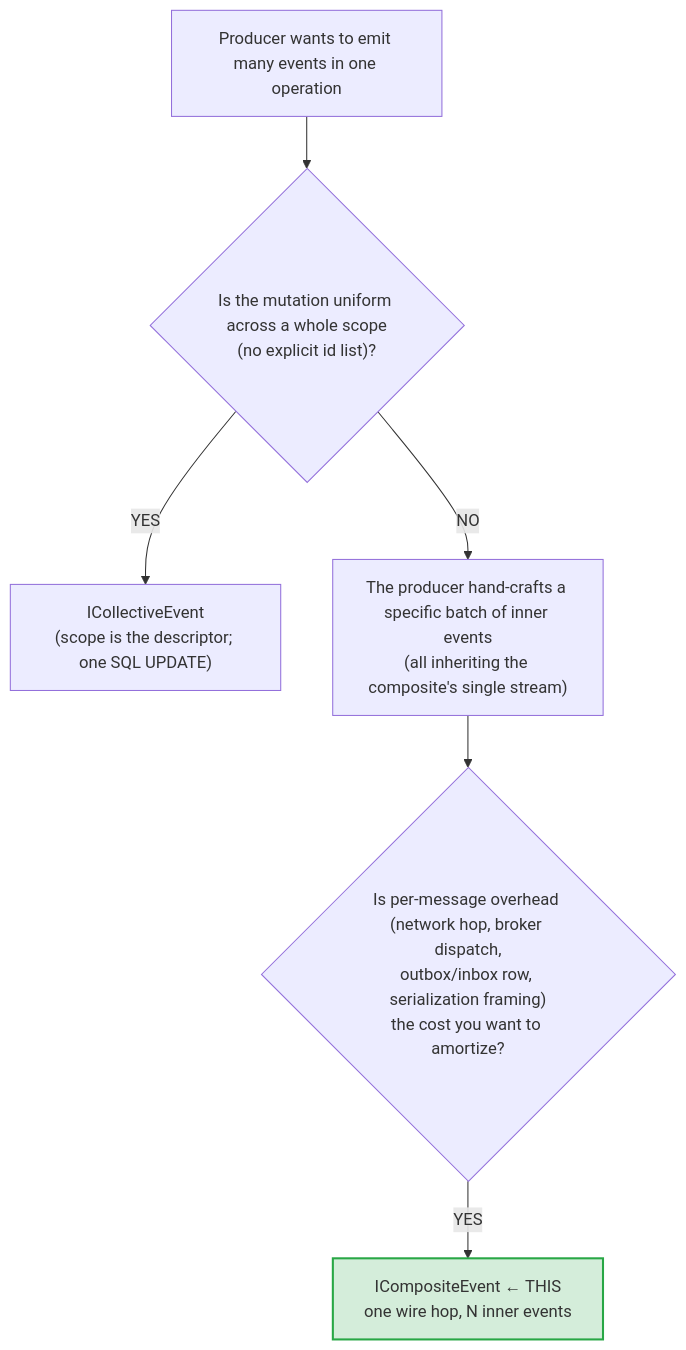
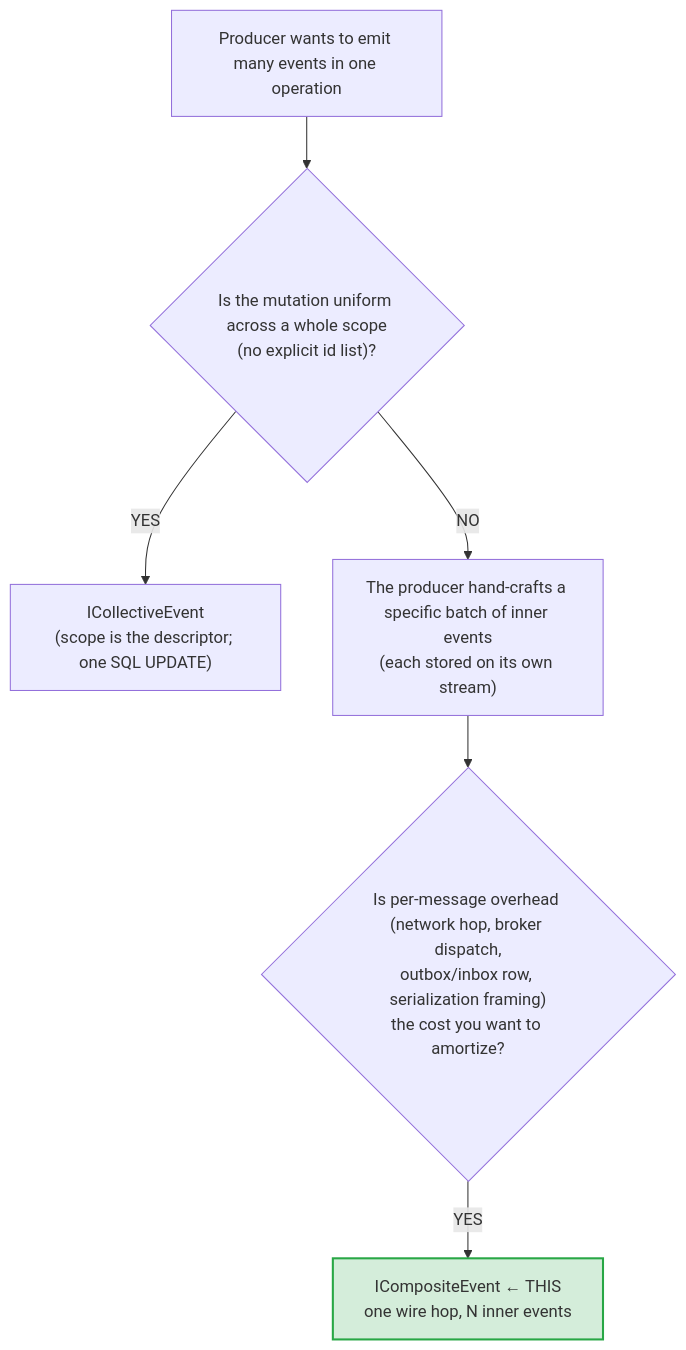
One commit to whizbang-lib/whizbang-lib.github.io changed the diagram in src/assets/docs/v1.0.0/fundamentals/messaging/composite-events.md. Above: the diagram before and after it, drawn with Mermaid. The commit also changed other lines of this file and 4 other files, not shown here.

First line of the commit message:
docs: stream identity, re-keyed rows on rebuild, and the composite child refile (#1798)

````diff
--- a/src/assets/docs/v1.0.0/fundamentals/messaging/composite-events.md
+++ b/src/assets/docs/v1.0.0/fundamentals/messaging/composite-events.md
@@ -83,17 +83,17 @@
 ```mermaid{caption="Decision guide — reach for ICompositeEvent when the producer hand-crafts a specific batch of inner events (rather than a scope-wide uniform mutation, which is ICollectiveEvent) and per-message transport overhead is the cost to amortize."}
 flowchart TD
     Start["Producer wants to emit many events in one operation"]
     Q1{"Is the mutation uniform across a whole scope<br/>(no explicit id list)?"}
     Collective["ICollectiveEvent<br/>(scope is the descriptor; one SQL UPDATE)"]
-    Batch["The producer hand-crafts a specific batch of inner events<br/>(all inheriting the composite's single stream)"]
+    Batch["The producer hand-crafts a specific batch of inner events<br/>(each stored on its own stream)"]
     Q2{"Is per-message overhead (network hop, broker dispatch,<br/>outbox/inbox row, serialization framing)<br/>the cost you want to amortize?"}
     Composite["ICompositeEvent ← THIS<br/>one wire hop, N inner events"]
 
     Start --> Q1
     Q1 -->|YES| Collective
     Q1 -->|NO| Batch
     Batch --> Q2
     Q2 -->|YES| Composite
 
     style Composite fill:#d4edda,stroke:#28a745,stroke-width:2px
 ```
````
